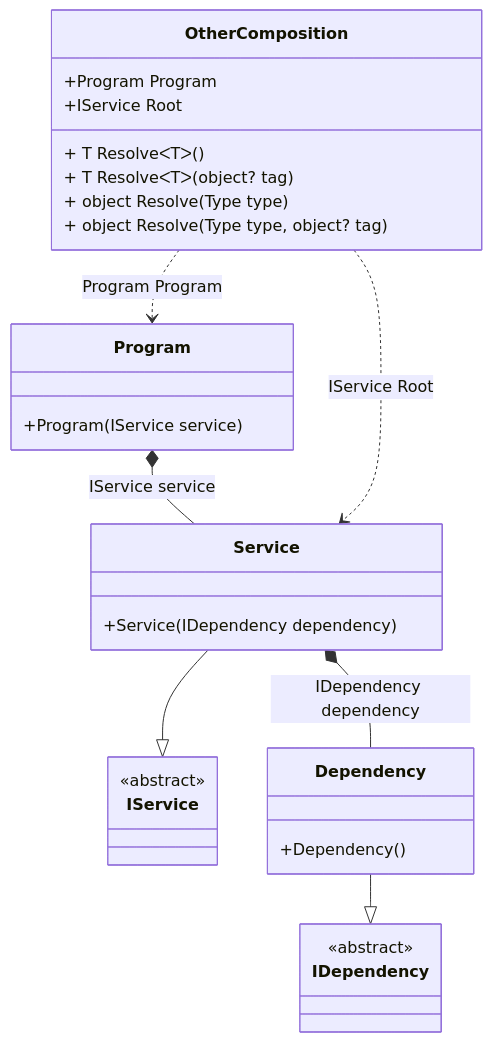
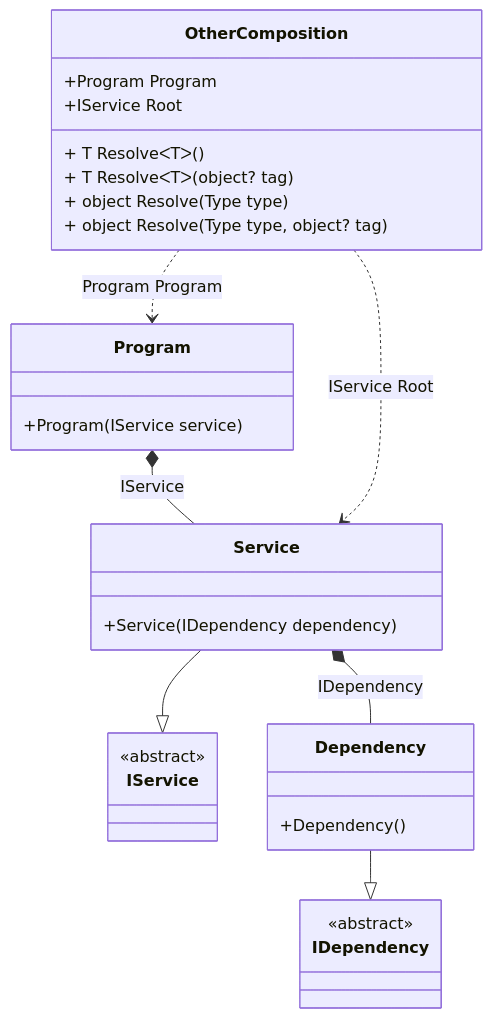
The diagram in readme/dependent-compositions.md (DevTeam/Pure.DI), drawn with Mermaid before and after one commit. The commit also changed other lines of this file and 84 other files, not shown here.

````diff
--- a/readme/dependent-compositions.md
+++ b/readme/dependent-compositions.md
@@ -57,32 +57,32 @@
 ```mermaid
 classDiagram
   class OtherComposition {
     +Program Program
     +IService Root
     + T ResolveᐸTᐳ()
     + T ResolveᐸTᐳ(object? tag)
     + object Resolve(Type type)
     + object Resolve(Type type, object? tag)
   }
   class Program {
     +Program(IService service)
   }
   Service --|> IService : 
   class Service {
     +Service(IDependency dependency)
   }
   Dependency --|> IDependency : 
   class Dependency {
     +Dependency()
   }
   class IService {
     <<abstract>>
   }
   class IDependency {
     <<abstract>>
   }
-  Program *--  Service : IService service
-  Service *--  Dependency : IDependency dependency
+  Program *--  Service : IService
+  Service *--  Dependency : IDependency
   OtherComposition ..> Service : IService Root
   OtherComposition ..> Program : Program Program
 ```
````
